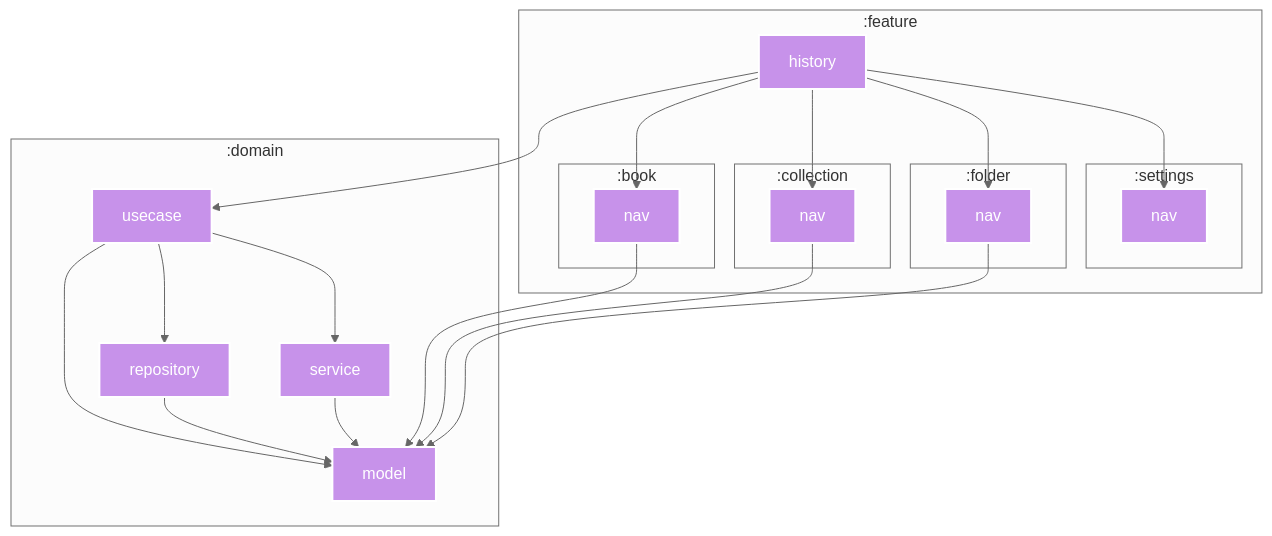
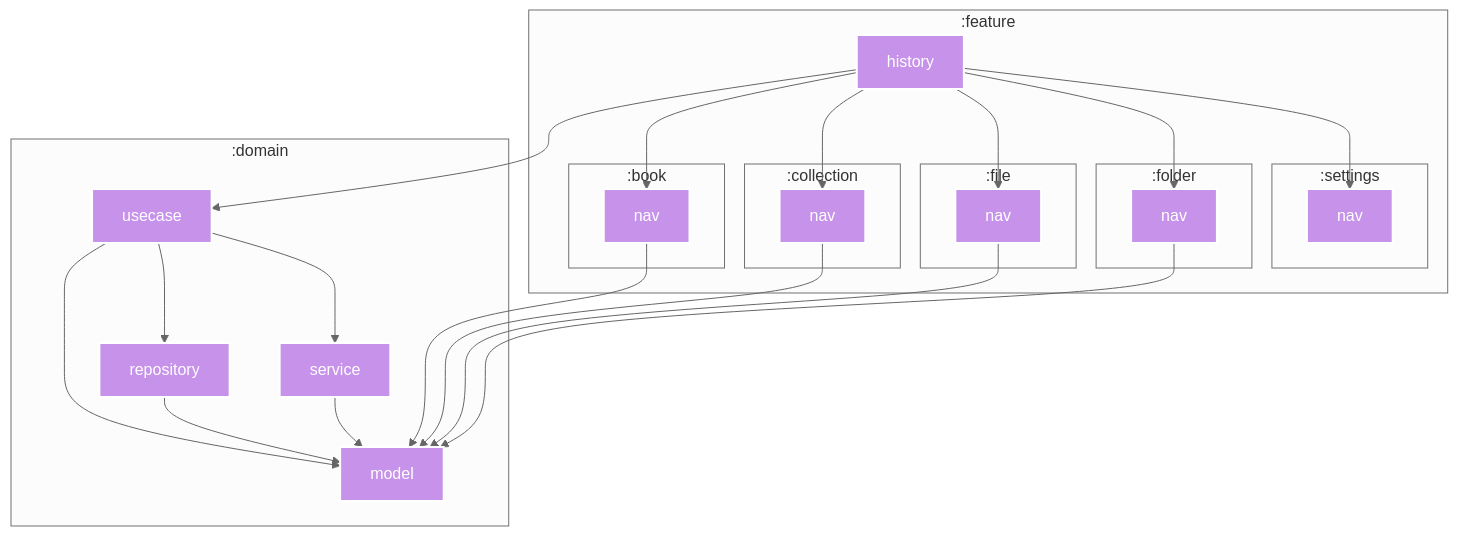
Before and after one commit to SorrowBlue/ComicViewer: the diagram in feature/history/README.md, drawn with Mermaid. The commit also changed 21 other files, not shown here.

First line of the commit message:
refactor: Decouple feature:file implementation from feature:file:nav (#1423)

````diff
--- a/feature/history/README.md
+++ b/feature/history/README.md
@@ -5,63 +5,70 @@
 ```mermaid
 %%{
   init: {
     'theme': 'neutral'
   }
 }%%
 
 graph TB
   subgraph :feature
     :feature:history["history"]
     subgraph :book
       :feature:book:nav["nav"]
       :feature:book:nav["nav"]
     end
     subgraph :collection
       :feature:collection:nav["nav"]
       :feature:collection:nav["nav"]
+    end
+    subgraph :file
+      :feature:file:nav["nav"]
+      :feature:file:nav["nav"]
     end
     subgraph :folder
       :feature:folder:nav["nav"]
       :feature:folder:nav["nav"]
     end
     subgraph :settings
       :feature:settings:nav["nav"]
     end
   end
   subgraph :domain
     :domain:usecase["usecase"]
     :domain:usecase["usecase"]
     :domain:model["model"]
     :domain:repository["repository"]
     :domain:service["service"]
     :domain:service["service"]
     :domain:model["model"]
     :domain:repository["repository"]
   end
 
   :feature:history --> :domain:usecase
   :feature:history --> :feature:book:nav
   :feature:history --> :feature:collection:nav
+  :feature:history --> :feature:file:nav
   :feature:history --> :feature:folder:nav
   :feature:history --> :feature:settings:nav
   :domain:usecase --> :domain:model
   :domain:usecase --> :domain:repository
   :domain:usecase --> :domain:service
   :domain:service --> :domain:model
+  :feature:file:nav --> :domain:model
   :feature:folder:nav --> :domain:model
   :feature:book:nav --> :domain:model
   :feature:collection:nav --> :domain:model
   :domain:repository --> :domain:model
 
 classDef kotlin-multiplatform fill:#C792EA,stroke:#fff,stroke-width:2px,color:#fff;
 class :feature:history kotlin-multiplatform
 class :domain:usecase kotlin-multiplatform
 class :feature:book:nav kotlin-multiplatform
 class :feature:collection:nav kotlin-multiplatform
+class :feature:file:nav kotlin-multiplatform
 class :feature:folder:nav kotlin-multiplatform
 class :feature:settings:nav kotlin-multiplatform
 class :domain:model kotlin-multiplatform
 class :domain:repository kotlin-multiplatform
 class :domain:service kotlin-multiplatform
 
 ```
````
